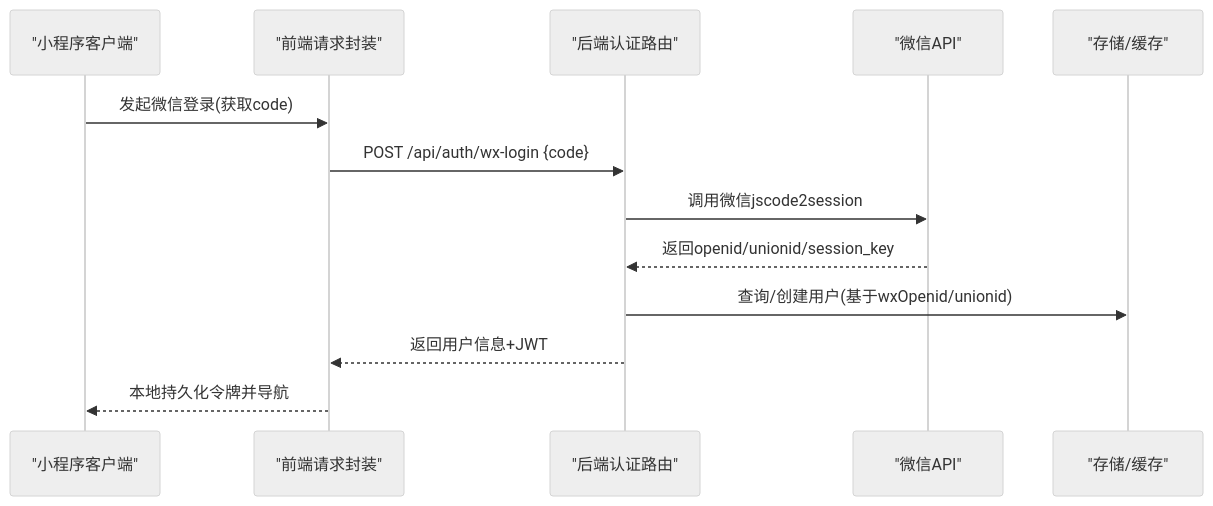
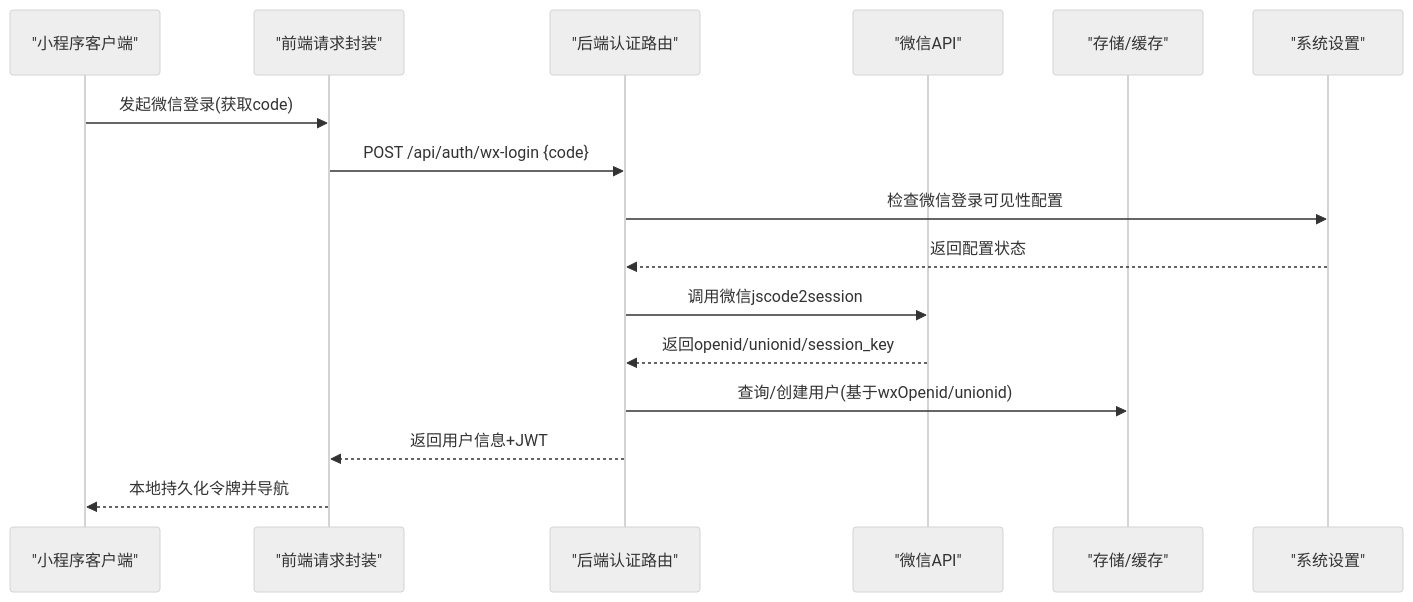
One commit to Giraffe-Han/microAPP changed the second of 8 diagrams in .qoder/repowiki/zh/content/后端服务架构/认证与授权系统/微信登录集成.md. Above: the diagram before and after it, drawn with Mermaid (neutral theme). The commit also changed other lines of this file and 14 other files, not shown here.

````diff
--- a/.qoder/repowiki/zh/content/后端服务架构/认证与授权系统/微信登录集成.md
+++ b/.qoder/repowiki/zh/content/后端服务架构/认证与授权系统/微信登录集成.md
@@ -106,15 +119,18 @@
 ```mermaid
 sequenceDiagram
 participant MP as "小程序客户端"
 participant Front as "前端请求封装"
 participant API as "后端认证路由"
 participant WX as "微信API"
 participant Store as "存储/缓存"
+participant Settings as "系统设置"
 MP->>Front : 发起微信登录(获取code)
 Front->>API : POST /api/auth/wx-login {code}
+API->>Settings : 检查微信登录可见性配置
+Settings-->>API : 返回配置状态
 API->>WX : 调用微信jscode2session
 WX-->>API : 返回openid/unionid/session_key
 API->>Store : 查询/创建用户(基于wxOpenid/unionid)
 API-->>Front : 返回用户信息+JWT
 Front-->>MP : 本地持久化令牌并导航
 ```
````
